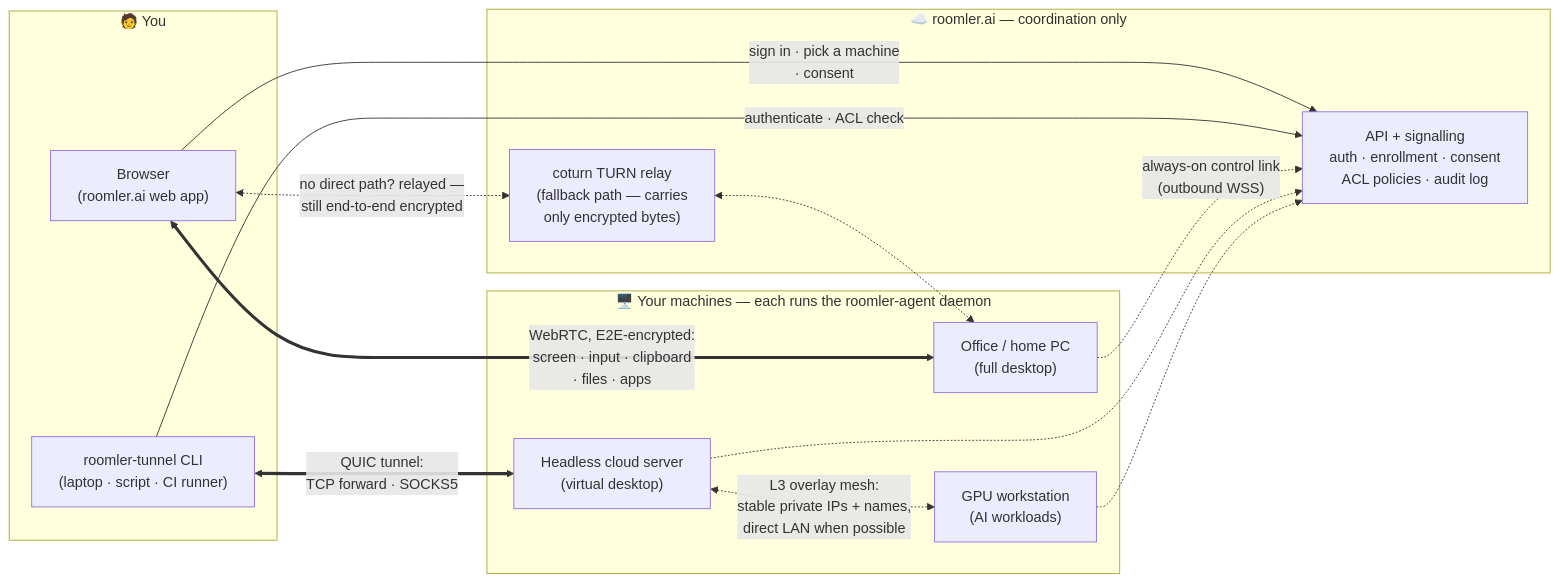
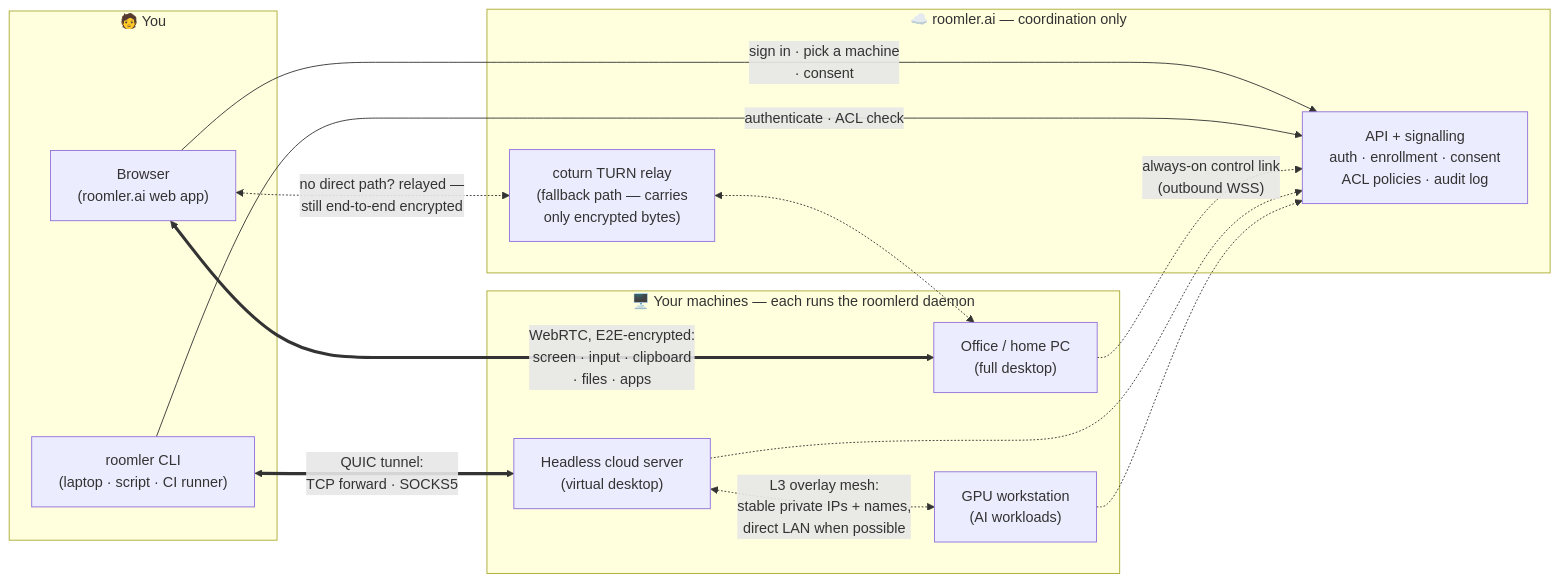
Before and after one commit to gjovanov/roomler-ai: the diagram in docs/agent-tunnel-architecture.md, drawn with Mermaid. The commit also changed other lines of this file and 11 other files, not shown here.

First line of the commit message:
chore(fr-21): strict batch 11 — crate references, architecture doc, wizard layout

````diff
--- a/docs/agent-tunnel-architecture.md
+++ b/docs/agent-tunnel-architecture.md
@@ -21,31 +21,31 @@
 ```mermaid
 flowchart LR
     subgraph you["🧑 You"]
         B["Browser<br/>(roomler.ai web app)"]
-        T["roomler-tunnel CLI<br/>(laptop · script · CI runner)"]
+        T["roomler CLI<br/>(laptop · script · CI runner)"]
     end
 
     subgraph cloud["☁️ roomler.ai — coordination only"]
         S["API + signalling<br/>auth · enrollment · consent<br/>ACL policies · audit log"]
         R["coturn TURN relay<br/>(fallback path — carries<br/>only encrypted bytes)"]
     end
 
-    subgraph fleet["🖥️ Your machines — each runs the roomler-agent daemon"]
+    subgraph fleet["🖥️ Your machines — each runs the roomlerd daemon"]
         A1["Office / home PC<br/>(full desktop)"]
         A2["Headless cloud server<br/>(virtual desktop)"]
         A3["GPU workstation<br/>(AI workloads)"]
     end
 
     B -->|"sign in · pick a machine<br/>· consent"| S
     T -->|"authenticate · ACL check"| S
     A1 -.->|"always-on control link<br/>(outbound WSS)"| S
     A2 -.-> S
     A3 -.-> S
 
     B <==>|"WebRTC, E2E-encrypted:<br/>screen · input · clipboard<br/>· files · apps"| A1
     T <==>|"QUIC tunnel:<br/>TCP forward · SOCKS5"| A2
     A2 <-.->|"L3 overlay mesh:<br/>stable private IPs + names,<br/>direct LAN when possible"| A3
 
     B <-.->|"no direct path? relayed —<br/>still end-to-end encrypted"| R
     R <-.-> A1
 ```
````
